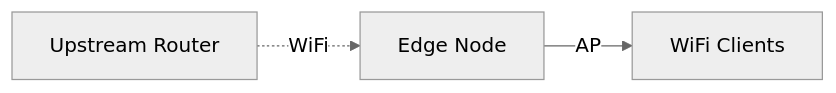
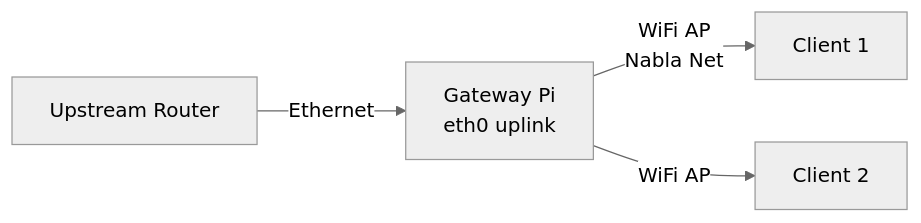
The second of 3 diagrams in nablaedge/docs/network-modes/README.md (txemavs/nabla-edge), drawn with Mermaid (neutral theme) before and after one commit. The commit also changed other lines of this file and 4 other files, not shown here.

````diff
--- a/nablaedge/docs/network-modes/README.md
+++ b/nablaedge/docs/network-modes/README.md
@@ -43,5 +85,6 @@
 ```mermaid
 flowchart LR
-    Router[Upstream Router] -.->|WiFi| Pi[Edge Node]
-    Pi -->|AP| Clients[WiFi Clients]
+    Router[Upstream Router] -->|Ethernet| Pi[Gateway Pi<br/>eth0 uplink]
+    Pi -->|WiFi AP<br/>Nabla Net| Client1[Client 1]
+    Pi -->|WiFi AP| Client2[Client 2]
 ```
````
